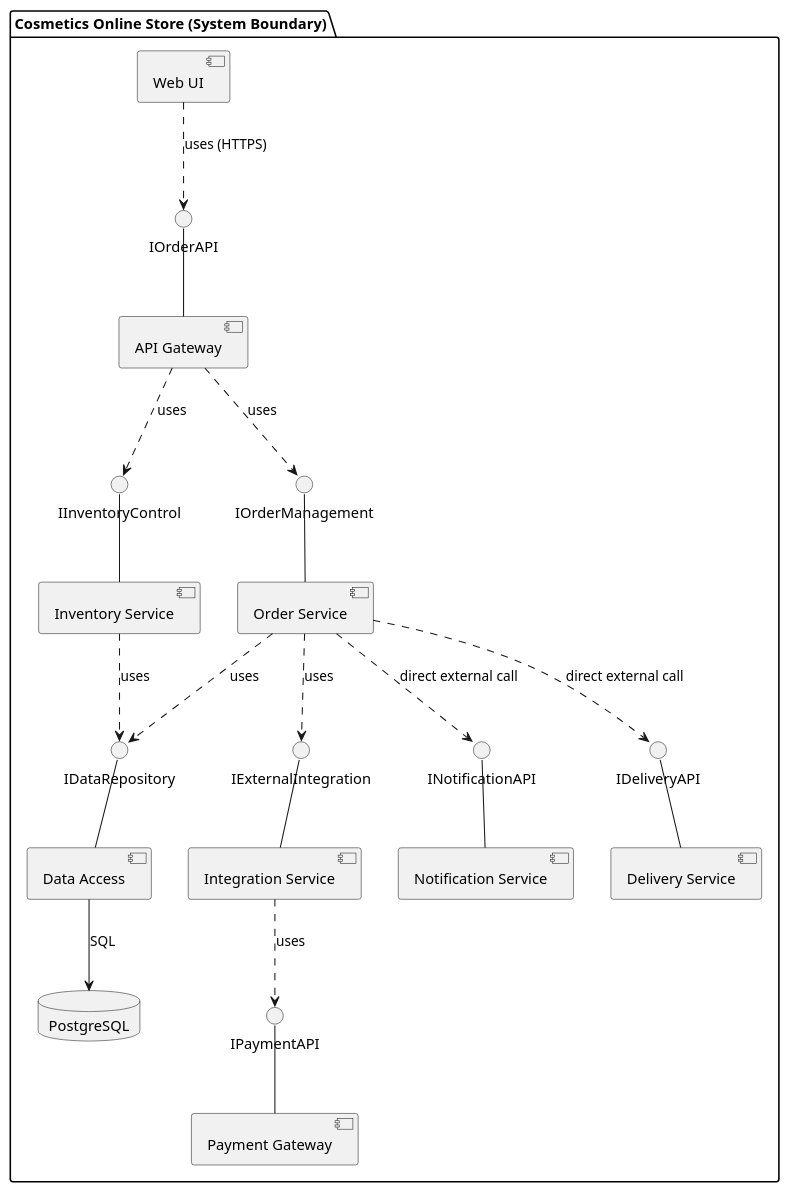
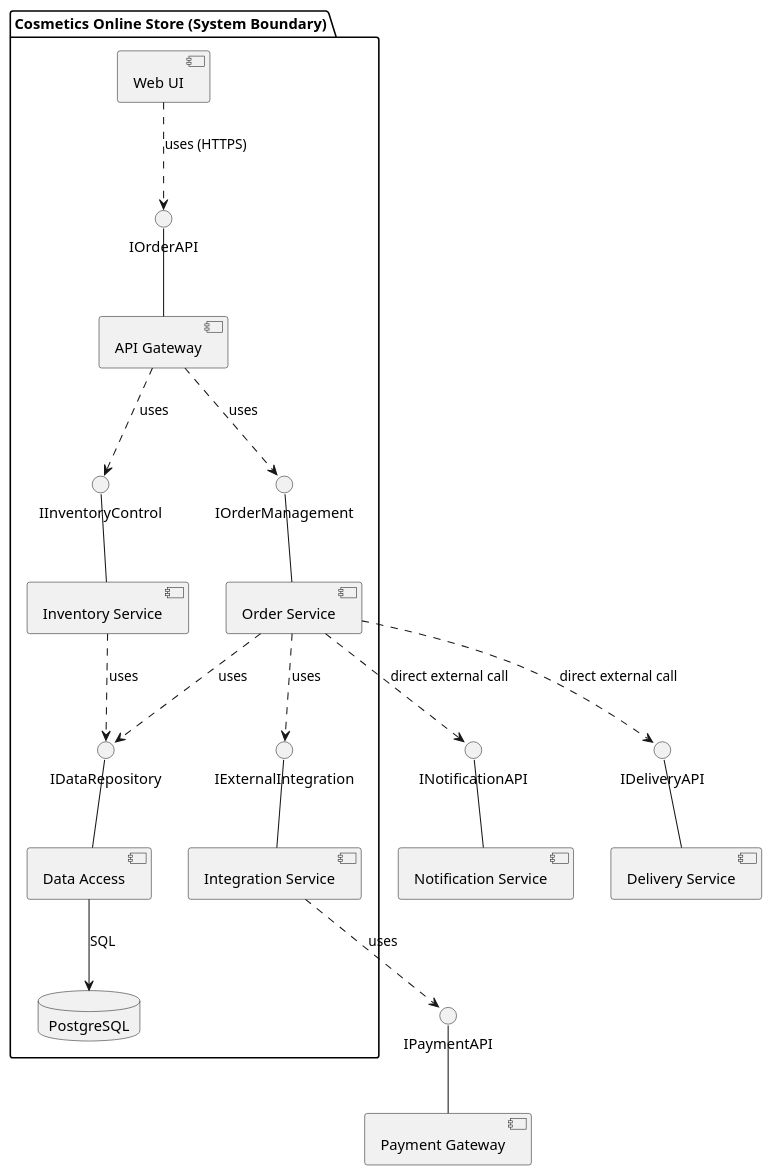
The diagram in components.puml (sofiisunn/KPI), drawn with PlantUML before and after one commit.

Commit message:
Refactor component definitions in components.puml

```diff
--- a/components.puml
+++ b/components.puml
@@ -1,57 +1,57 @@
 @startuml
 top to bottom direction
 skinparam componentStyle uml2
 
 package "Cosmetics Online Store (System Boundary)" {
   
   component [Web UI] as UI
   
   component [API Gateway] as API
   interface "IOrderAPI" as i_api
   
   API -up- i_api
   UI ..> i_api : uses (HTTPS)
 
   component [Order Service] as OrderSvc
   component [Inventory Service] as InvSvc
   component [Integration Service] as IntSvc
 
   interface "IOrderManagement" as i_order
   interface "IInventoryControl" as i_inv
   interface "IExternalIntegration" as i_int
 
   OrderSvc -up- i_order
   InvSvc -up- i_inv
   IntSvc -up- i_int
 
   API ..> i_order : uses
   API ..> i_inv : uses
   OrderSvc ..> i_int : uses
 
   component [Data Access] as DAL
   interface "IDataRepository" as i_dal
   DAL -up- i_dal
   OrderSvc ..> i_dal : uses
   InvSvc ..> i_dal : uses
 
   database "PostgreSQL" as DB
   DAL --> DB : SQL
-
-  component [Payment Gateway] as PayGw
-  interface "IPaymentAPI" as i_pay
-  PayGw -up- i_pay
-  IntSvc ..> i_pay : uses
-  
-  component [Delivery Service] as DelSvc
-  interface "IDeliveryAPI" as i_del
-  DelSvc -up- i_del
-    
-  component [Notification Service] as NotifSvc
-  interface "INotificationAPI" as i_notif
-  NotifSvc -up- i_notif
-    
-  OrderSvc ..> i_del : direct external call
-  OrderSvc ..> i_notif : direct external call
   }
 
+component [Payment Gateway] as PayGw
+interface "IPaymentAPI" as i_pay
+PayGw -up- i_pay
+IntSvc ..> i_pay : uses
+  
+component [Delivery Service] as DelSvc
+interface "IDeliveryAPI" as i_del
+DelSvc -up- i_del
+    
+component [Notification Service] as NotifSvc
+interface "INotificationAPI" as i_notif
+NotifSvc -up- i_notif
+    
+OrderSvc ..> i_del : direct external call
+OrderSvc ..> i_notif : direct external call
+
 @enduml
```
